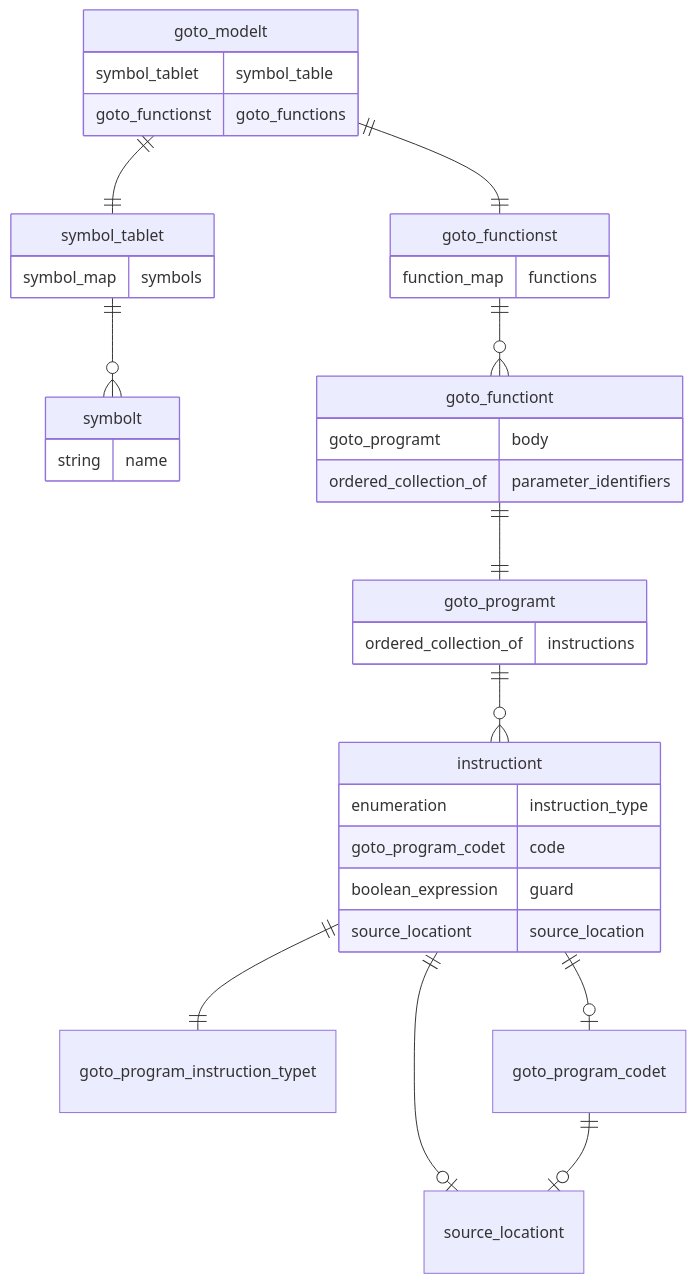
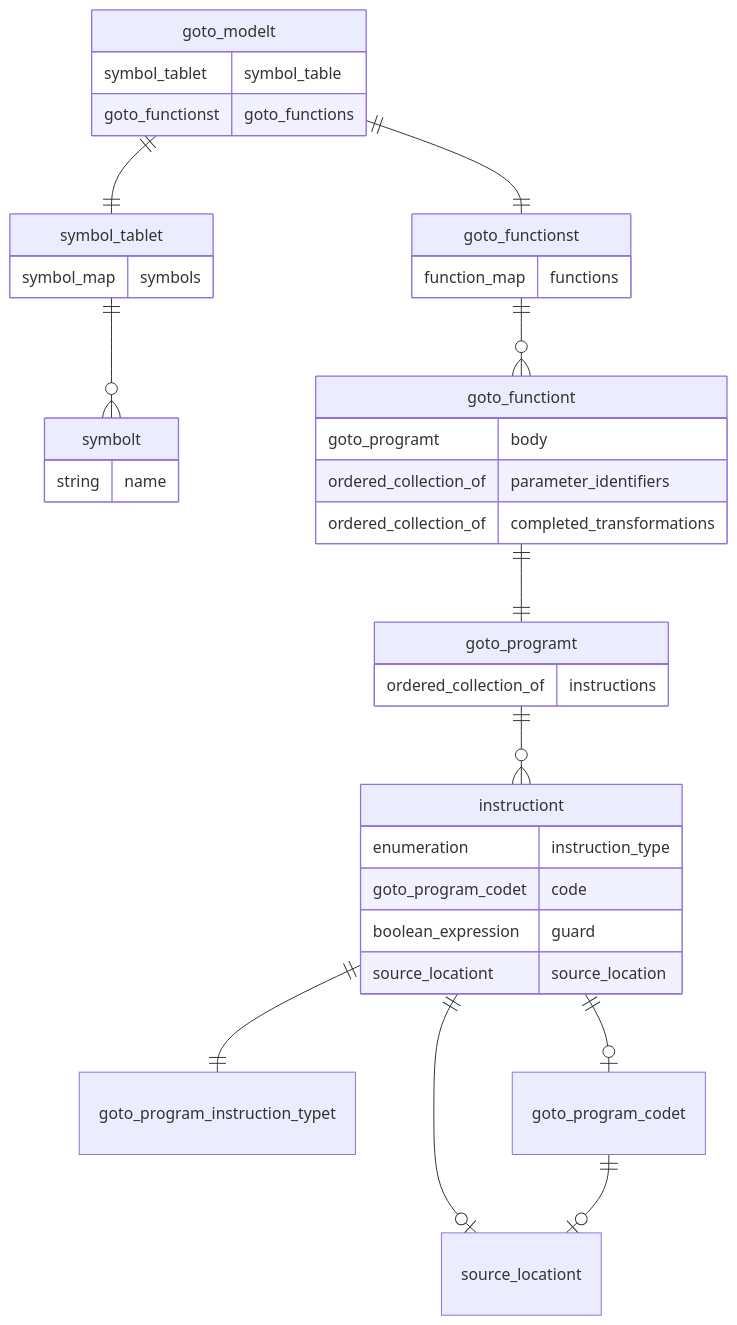
One commit to diffblue/cbmc changed the diagram in doc/architectural/central-data-structures.md. Above: the diagram before and after it, drawn with Mermaid. The commit also changed other lines of this file, not shown here.

````diff
--- a/doc/architectural/central-data-structures.md
+++ b/doc/architectural/central-data-structures.md
@@ -17,39 +17,40 @@
 ```mermaid
 erDiagram
   goto_modelt {
     symbol_tablet symbol_table
     goto_functionst goto_functions
   }
   goto_modelt ||--|| symbol_tablet : ""
   goto_modelt ||--|| goto_functionst : ""
   symbol_tablet {
     symbol_map symbols
   }
   symbol_tablet ||--o{ symbolt : ""
   symbolt {
     string name
   }
   goto_functionst {
     function_map functions
   }
   goto_functionst ||--o{ goto_functiont : ""
   goto_functiont {
     goto_programt body
     ordered_collection_of parameter_identifiers
+    ordered_collection_of completed_transformations
   }
   goto_functiont ||--|| goto_programt : ""
   goto_programt {
     ordered_collection_of instructions
   }
   goto_programt ||--o{ instructiont : ""
   instructiont {
     enumeration instruction_type
     goto_program_codet code
     boolean_expression guard
     source_locationt source_location
   }
   instructiont ||--|| goto_program_instruction_typet : ""
   instructiont ||--o| goto_program_codet : ""
   instructiont ||--o| source_locationt : ""
   goto_program_codet ||--o| source_locationt : ""
 ```
````
